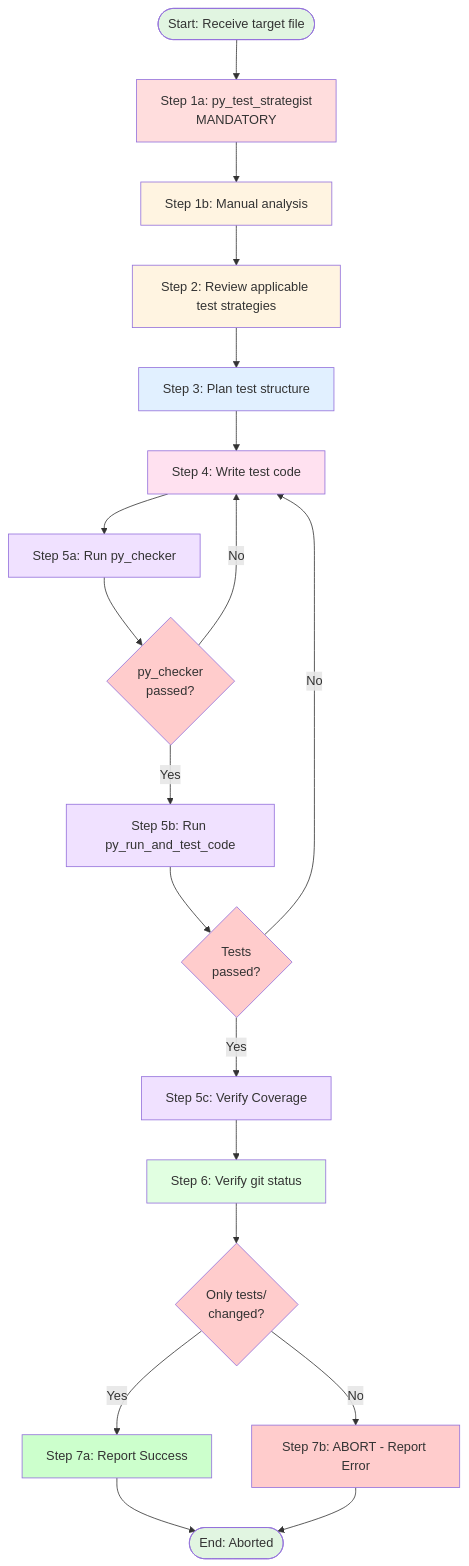
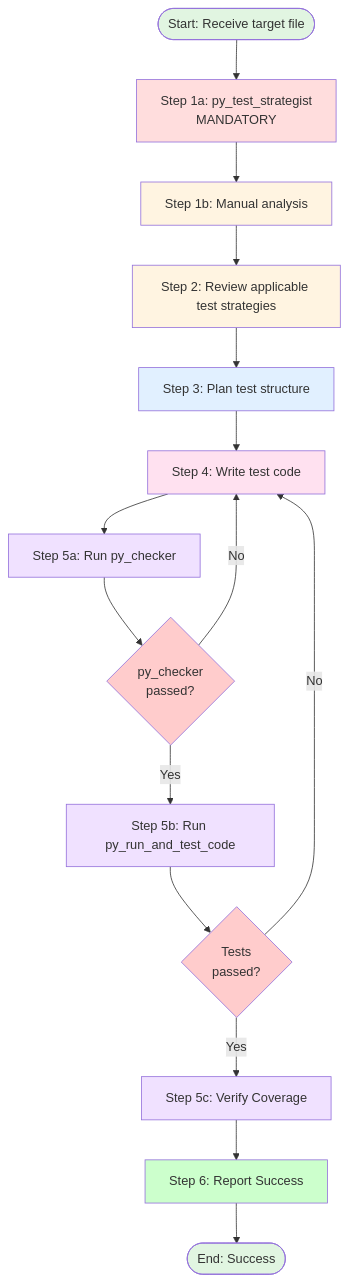
One commit to s-age/pipe changed the diagram in procedures/python_unit_test_generation.md. Above: the diagram before and after it, drawn with Mermaid. The commit also changed other lines of this file and 1 other file, not shown here.

Commit message:
test: add tests/unit/core/domains/test_todos.py

````diff
--- a/procedures/python_unit_test_generation.md
+++ b/procedures/python_unit_test_generation.md
@@ -13,46 +13,38 @@
 ```mermaid
 graph TD
     Start([Start: Receive target file]) --> Step1A[Step 1a: py_test_strategist<br/>MANDATORY]
     Step1A --> Step1B[Step 1b: Manual analysis]
 
     Step1B --> Step2[Step 2: Review applicable test strategies]
 
     Step2 --> Step3[Step 3: Plan test structure]
 
     Step3 --> Step4[Step 4: Write test code]
 
     Step4 --> Step5A[Step 5a: Run py_checker]
     Step5A --> CheckChecker{py_checker<br/>passed?}
     CheckChecker -- No --> Step4
     CheckChecker -- Yes --> Step5B[Step 5b: Run py_run_and_test_code]
 
     Step5B --> CheckTests{Tests<br/>passed?}
     CheckTests -- No --> Step4
     CheckTests -- Yes --> Step5C[Step 5c: Verify Coverage]
 
-    Step5C --> Step6[Step 6: Verify git status]
-
-    Step6 --> Step7{Only tests/<br/>changed?}
-    Step7 -- Yes --> Success[Step 7a: Report Success]
-    Step7 -- No --> Report[Step 7b: ABORT - Report Error]
+    Step5C --> Success[Step 6: Report Success]
 
     Success --> End([End: Success])
-    Report --> End([End: Aborted])
 
     style Start fill:#e1f5e1
     style End fill:#e1f5e1
     style Step1A fill:#ffdddd
     style Step1B fill:#fff4e1
     style Step2 fill:#fff4e1
     style Step3 fill:#e1f0ff
     style Step4 fill:#ffe1f0
     style Step5A fill:#f0e1ff
     style Step5B fill:#f0e1ff
     style Step5C fill:#f0e1ff
-    style Step6 fill:#e1ffe1
     style CheckChecker fill:#ffcccc
     style CheckTests fill:#ffcccc
-    style Step7 fill:#ffcccc
     style Success fill:#ccffcc
-    style Report fill:#ffcccc
 ```
````
